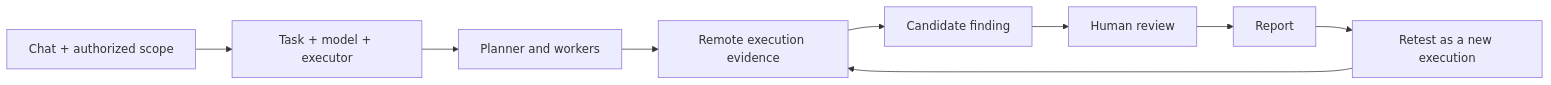
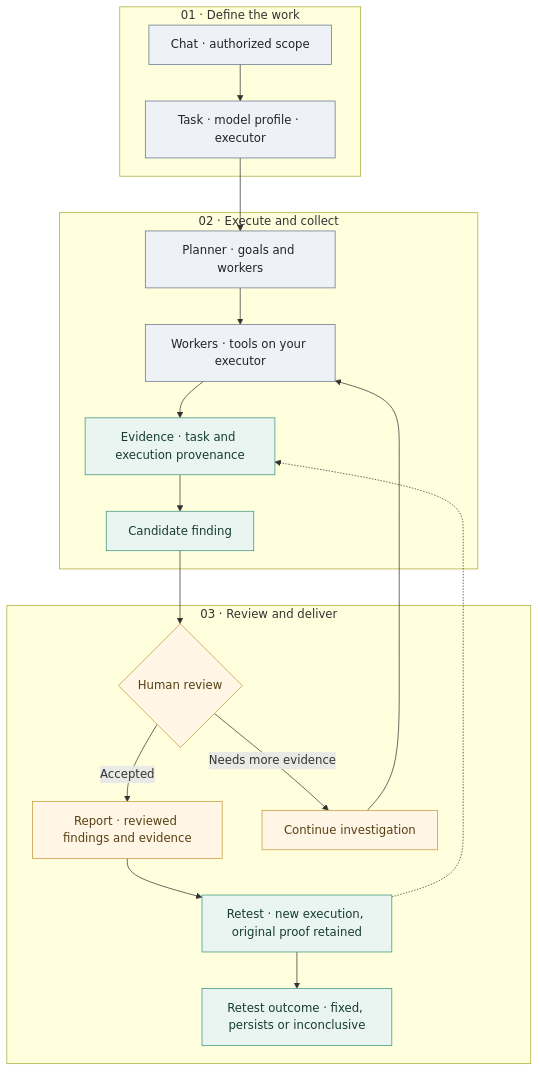
Before and after one commit to sordado123/vulnetic-core: the first of 2 diagrams in README.md, drawn with Mermaid. The commit also changed other lines of this file and 5 other files, not shown here.

Commit message:
docs: showcase Vulnetic with product screenshots and architecture diagrams

````diff
--- a/README.md
+++ b/README.md
@@ -29,11 +53,27 @@
 ```mermaid
-flowchart LR
-  C[Chat + authorized scope] --> T[Task + model + executor]
-  T --> W[Planner and workers]
-  W --> E[Remote execution evidence]
-  E --> F[Candidate finding]
-  F --> H[Human review]
-  H --> R[Report]
-  R --> X[Retest as a new execution]
-  X --> E
+flowchart TB
+  subgraph SETUP["01 · Define the work"]
+    C["Chat · authorized scope"] --> T["Task · model profile · executor"]
+  end
+  subgraph EXECUTION["02 · Execute and collect"]
+    P["Planner · goals and workers"] --> W["Workers · tools on your executor"]
+    W --> E["Evidence · task and execution provenance"]
+    E --> F["Candidate finding"]
+  end
+  subgraph REVIEW["03 · Review and deliver"]
+    H{"Human review"} -->|Accepted| R["Report · reviewed findings and evidence"]
+    H -->|Needs more evidence| N["Continue investigation"]
+    R --> X["Retest · new execution, original proof retained"]
+    X --> O["Retest outcome · fixed, persists or inconclusive"]
+  end
+  T --> P
+  F --> H
+  N --> W
+  X -.-> E
+  classDef work fill:#eef2f6,stroke:#64748b,color:#20242b
+  classDef evidence fill:#eaf5f1,stroke:#39947b,color:#163c32
+  classDef review fill:#fff6e5,stroke:#c6983a,color:#574013
+  class C,T,P,W work
+  class E,F,X,O evidence
+  class H,R,N review
 ```
````
